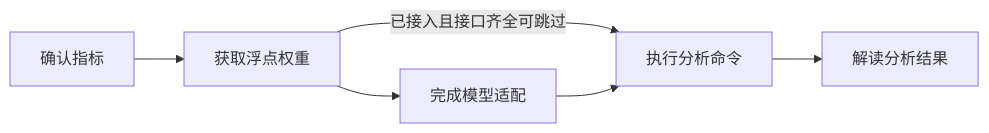
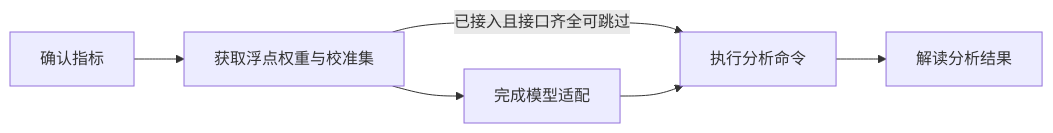
The diagram in msmodelslim/docs/zh/user_guide/usage_sensitive_attn_analysis.md (mindstudio-docs/master), drawn with Mermaid before and after one commit. The commit also changed other lines of this file and 35 other files, not shown here.

````diff
--- a/msmodelslim/docs/zh/user_guide/usage_sensitive_attn_analysis.md
+++ b/msmodelslim/docs/zh/user_guide/usage_sensitive_attn_analysis.md
@@ -47,8 +47,8 @@
 ```mermaid
 flowchart LR
-  scene[确认指标] --> weight[获取浮点权重]
-  weight --> adapt[完成模型适配]
-  weight -->|已接入且接口齐全可跳过| run[执行分析命令]
+  scene[确认指标] --> prepare[获取浮点权重与校准集]
+  prepare --> adapt[完成模型适配]
+  prepare -->|已接入且接口齐全可跳过| run[执行分析命令]
   adapt --> run
   run --> result[解读分析结果]
 ```
````
